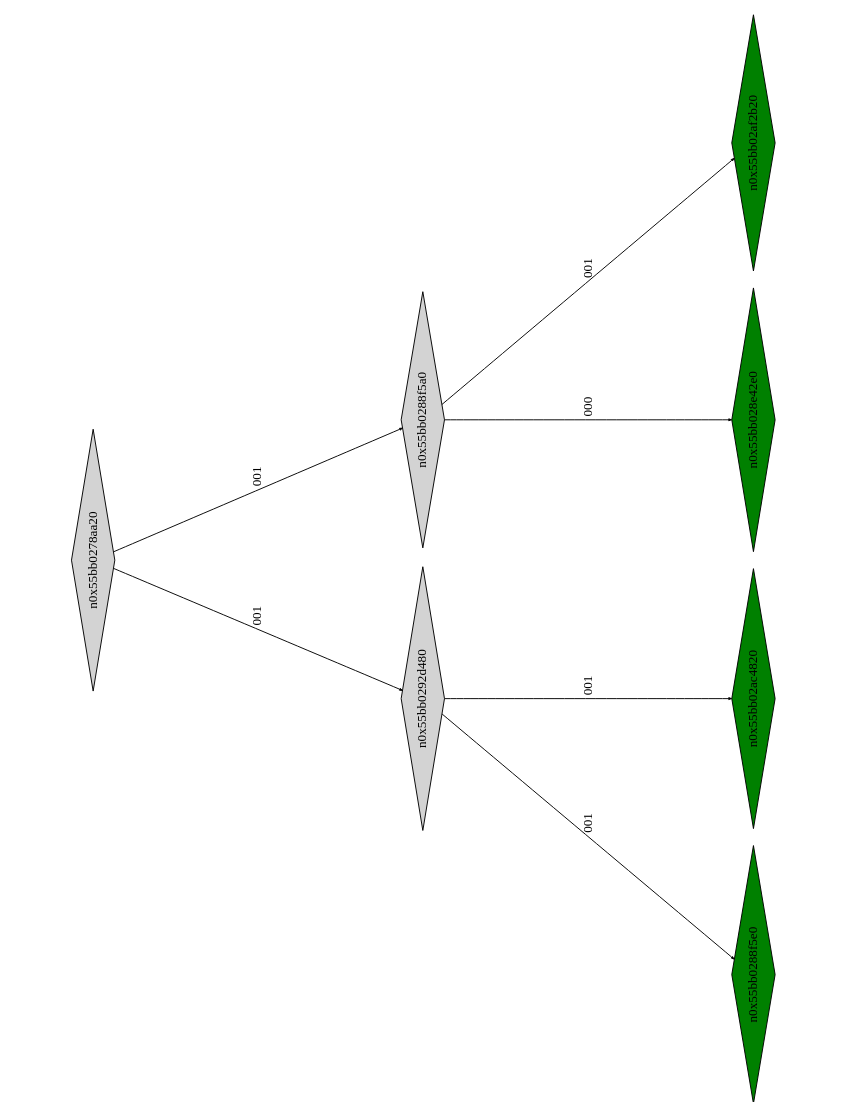
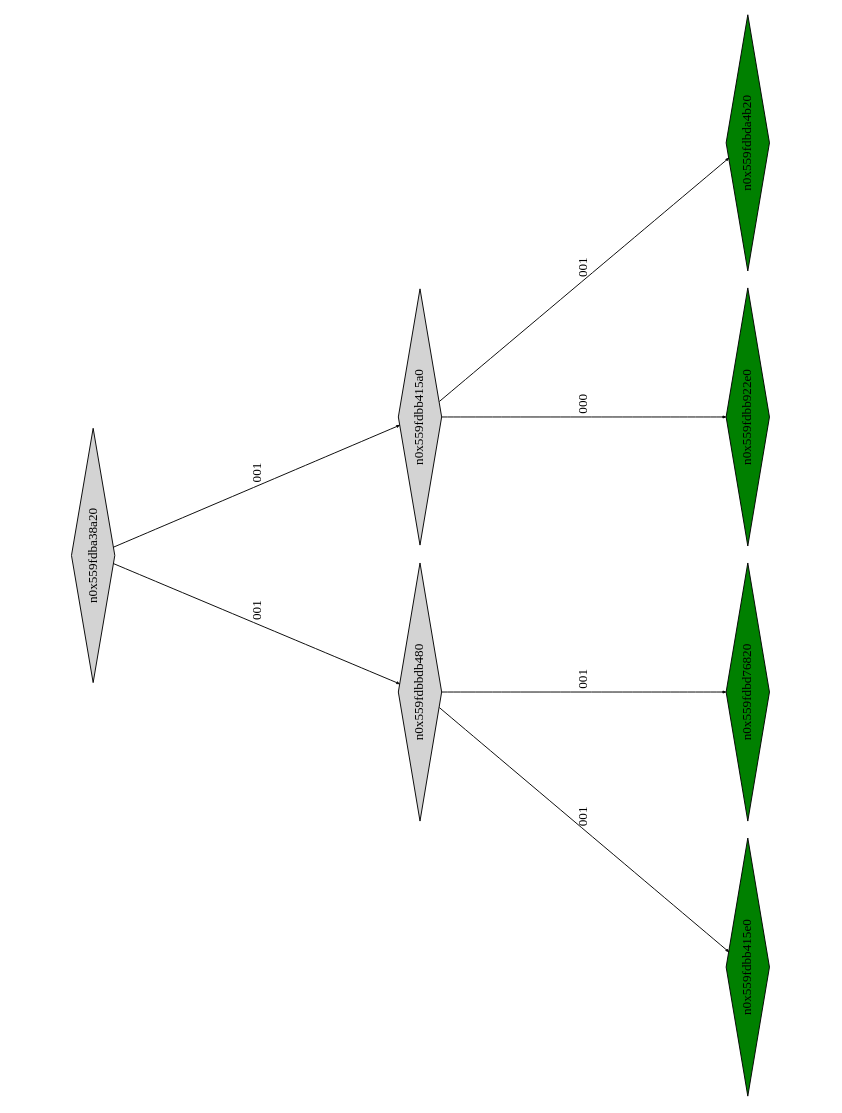
One commit to Research-Tools-PAVT/PSE-Program-Examples changed the diagram in example1_klee_out/ptree_00000230.dot. Above: the diagram before and after it, drawn with Graphviz. The commit also changed 14 other files, not shown here.

```diff
--- a/example1_klee_out/ptree_00000230.dot
+++ b/example1_klee_out/ptree_00000230.dot
@@ -1,21 +1,21 @@
 digraph G {
 	size="10,7.5";
 	ratio=fill;
 	rotate=90;
 	center = "true";
 	node [style="filled",width=.1,height=.1,fontname="Terminus"]
 	edge [arrowsize=.3]
-	n0x55bb0278aa20 [shape=diamond];
-	n0x55bb0278aa20 -> n0x55bb0292d480 [label=001];
-	n0x55bb0278aa20 -> n0x55bb0288f5a0 [label=001];
-	n0x55bb0288f5a0 [shape=diamond];
-	n0x55bb0288f5a0 -> n0x55bb028e42e0 [label=000];
-	n0x55bb0288f5a0 -> n0x55bb02af2b20 [label=001];
-	n0x55bb02af2b20 [shape=diamond,fillcolor=green];
-	n0x55bb028e42e0 [shape=diamond,fillcolor=green];
-	n0x55bb0292d480 [shape=diamond];
-	n0x55bb0292d480 -> n0x55bb0288f5e0 [label=001];
-	n0x55bb0292d480 -> n0x55bb02ac4820 [label=001];
-	n0x55bb02ac4820 [shape=diamond,fillcolor=green];
-	n0x55bb0288f5e0 [shape=diamond,fillcolor=green];
+	n0x559fdba38a20 [shape=diamond];
+	n0x559fdba38a20 -> n0x559fdbbdb480 [label=001];
+	n0x559fdba38a20 -> n0x559fdbb415a0 [label=001];
+	n0x559fdbb415a0 [shape=diamond];
+	n0x559fdbb415a0 -> n0x559fdbb922e0 [label=000];
+	n0x559fdbb415a0 -> n0x559fdbda4b20 [label=001];
+	n0x559fdbda4b20 [shape=diamond,fillcolor=green];
+	n0x559fdbb922e0 [shape=diamond,fillcolor=green];
+	n0x559fdbbdb480 [shape=diamond];
+	n0x559fdbbdb480 -> n0x559fdbb415e0 [label=001];
+	n0x559fdbbdb480 -> n0x559fdbd76820 [label=001];
+	n0x559fdbd76820 [shape=diamond,fillcolor=green];
+	n0x559fdbb415e0 [shape=diamond,fillcolor=green];
 }
```
